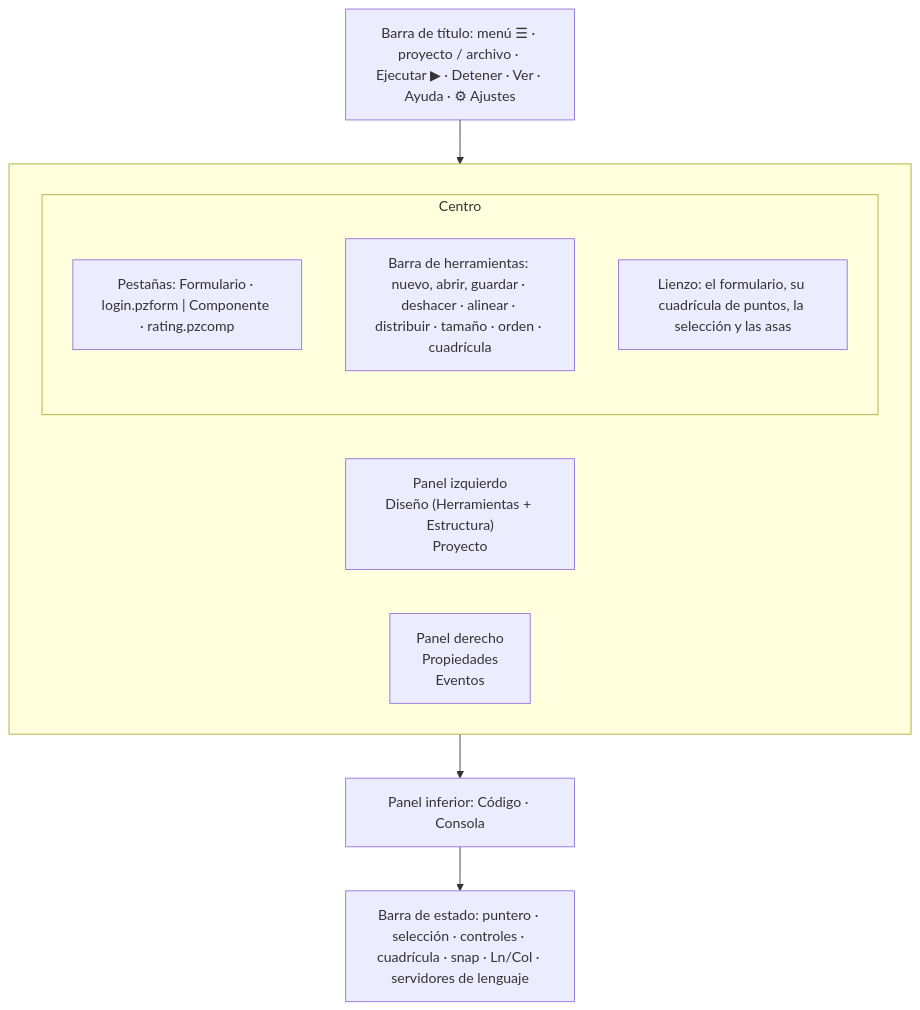
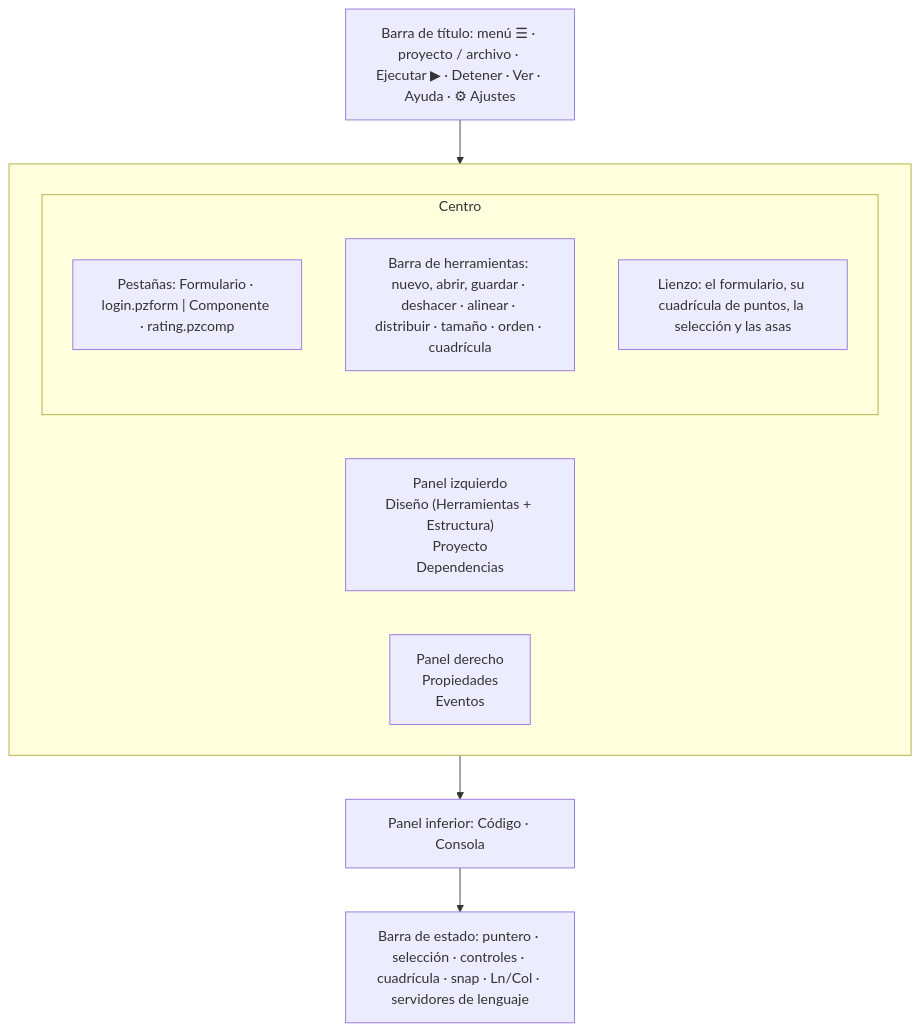
One commit to albakore/pyzed changed the first of 2 diagrams in docs/src/content/docs/es/editor/index.md. Above: the diagram before and after it, drawn with Mermaid. The commit also changed other lines of this file and 21 other files, not shown here.

````diff
--- a/docs/src/content/docs/es/editor/index.md
+++ b/docs/src/content/docs/es/editor/index.md
@@ -39,18 +39,18 @@
 ```mermaid
 flowchart TB
     T["Barra de título: menú ☰ · proyecto / archivo · Ejecutar ▶ · Detener · Ver · Ayuda · ⚙ Ajustes"]
     subgraph W[" "]
         direction LR
-        L["Panel izquierdo<br/>Diseño (Herramientas + Estructura)<br/>Proyecto"]
+        L["Panel izquierdo<br/>Diseño (Herramientas + Estructura)<br/>Proyecto<br/>Dependencias"]
         subgraph C["Centro"]
             direction TB
             D["Pestañas: Formulario · login.pzform | Componente · rating.pzcomp"]
             TB["Barra de herramientas: nuevo, abrir, guardar · deshacer · alinear · distribuir · tamaño · orden · cuadrícula"]
             F["Lienzo: el formulario, su cuadrícula de puntos, la selección y las asas"]
         end
         R["Panel derecho<br/>Propiedades<br/>Eventos"]
     end
     B["Panel inferior: Código · Consola"]
     S["Barra de estado: puntero · selección · controles · cuadrícula · snap · Ln/Col · servidores de lenguaje"]
     T --> W --> B --> S
 ```
````
